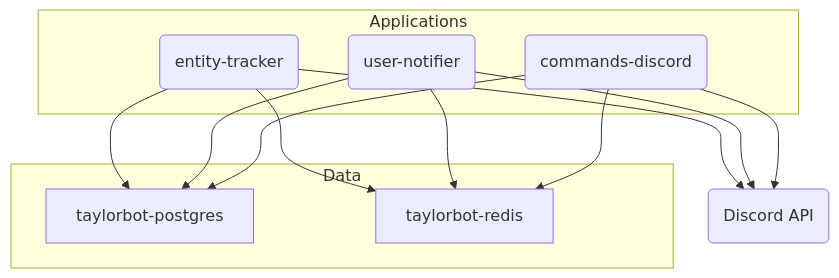
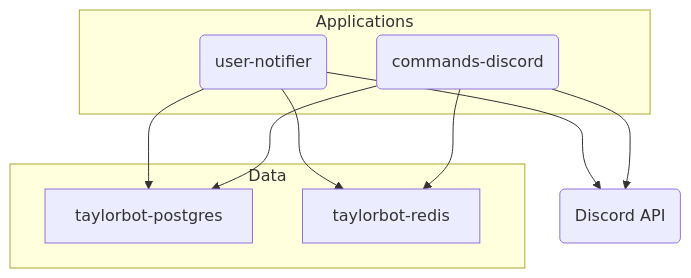
Before and after one commit to adamgauthier/TaylorBot: the diagram in .github/copilot-instructions.md, drawn with Mermaid. The commit also changed other lines of this file and 70 other files, not shown here.

Commit message:
Merge entity tracker into user notifier

````diff
--- a/.github/copilot-instructions.md
+++ b/.github/copilot-instructions.md
@@ -17,32 +17,26 @@
 ```mermaid
 graph TD
     A(Discord API)
     B[taylorbot-postgres]
     C[taylorbot-redis]
-    D(entity-tracker)
-    E(user-notifier)
-    F(commands-discord)
+    D(user-notifier)
+    E(commands-discord)
 
     subgraph Data
         B
         C
     end
 
     subgraph Applications
         D
         E
-        F
     end
 
     D -->A
     D -->B
     D -->C
 
     E -->A
     E -->B
     E -->C
-
-    F -->A
-    F -->B
-    F -->C
 ```
````
